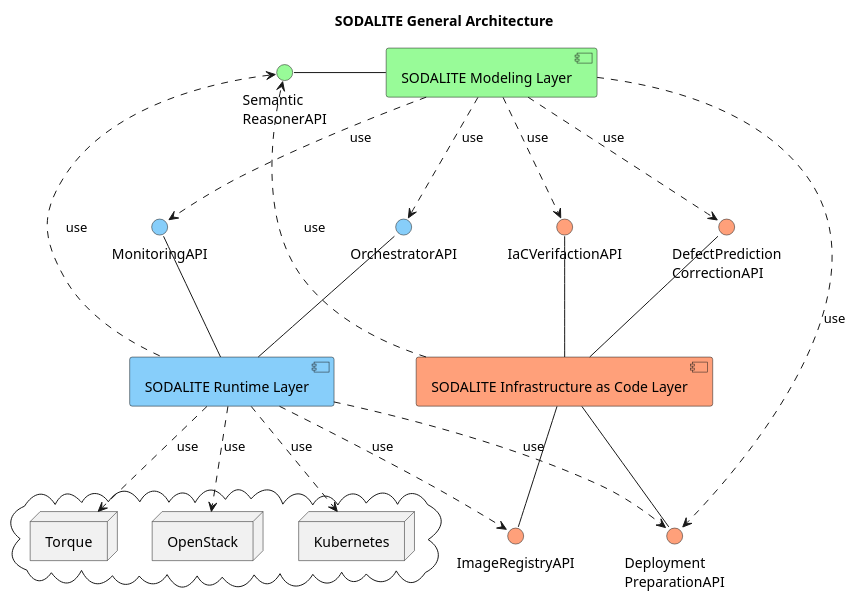
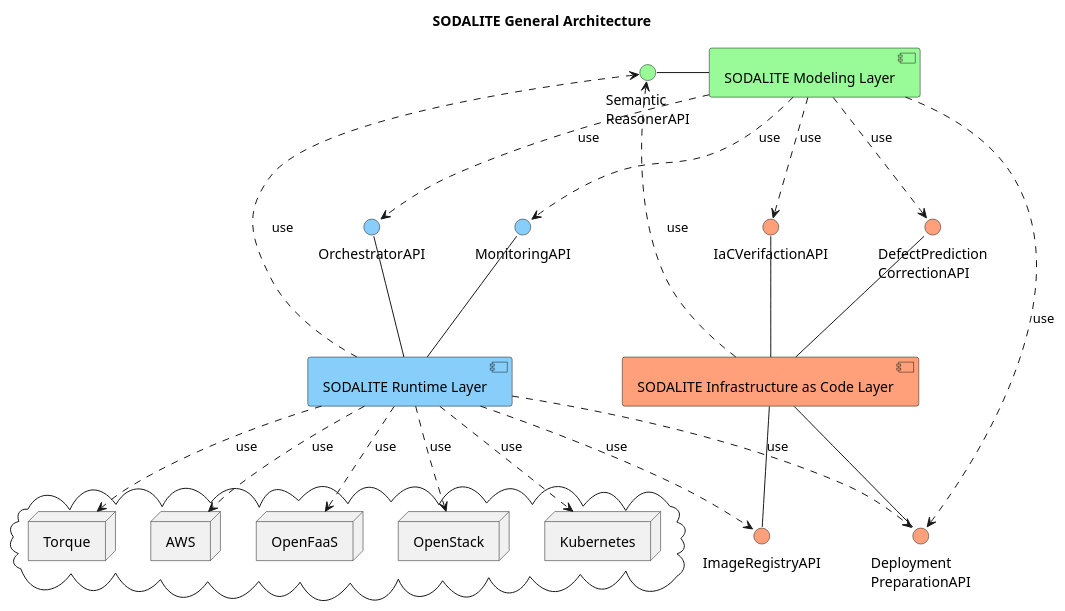
The diagram in uml/component-diagrams/CD-SODALITEGeneralArchitecture - by layers.puml (SODALITE-EU/project-wide-documentation), drawn with PlantUML before and after one commit.

Commit message:
Added OpenFaaS and AWS

```diff
--- a/uml/component-diagrams/CD-SODALITEGeneralArchitecture - by layers.puml
+++ b/uml/component-diagrams/CD-SODALITEGeneralArchitecture - by layers.puml
@@ -1,48 +1,52 @@
 @startuml
 
 title SODALITE General Architecture
 
 interface "Deployment\nPreparationAPI" as dep #LightSalmon
 interface "DefectPrediction\nCorrectionAPI" as defect #LightSalmon
 interface "IaCVerifactionAPI" as verif #LightSalmon
 interface "ImageRegistryAPI" as imagereg  #LightSalmon
 
 interface "MonitoringAPI" as mon #LightSkyBlue
 interface "OrchestratorAPI" as orch #LightSkyBlue
 
 [SODALITE Modeling Layer] as WP3 #PaleGreen
 interface "Semantic\nReasonerAPI" as sem #PaleGreen
 WP3 -l- sem
 
 [SODALITE Infrastructure as Code Layer] as WP4 #LightSalmon
 WP4 -d- dep
 WP4 -u- defect
 WP4 -u- verif
 WP4 -- imagereg
 
 [SODALITE Runtime Layer] as WP5 #LightSkyBlue
 WP5 -u- mon 
 WP5 -u- orch
 
 cloud {
     node OpenStack
     node Kubernetes as K8S
     node Torque
+    node AWS
+    node OpenFaaS
 }
 
 WP3 ..> dep : use
 WP3 ..> defect : use
 WP3 ..> verif : use
 WP3 ..> mon : use
 WP3 ..> orch : use
 
 WP4 ..> sem : use
 
 WP5 ..> OpenStack : use
 WP5 ..> K8S : use
 WP5 ..> Torque : use
+WP5 ..> AWS : use
+WP5 ..> OpenFaaS : use
 WP5 ..> dep : use
 WP5 .l.> sem : use
 WP5 ..> imagereg: use
 
 @enduml
```
